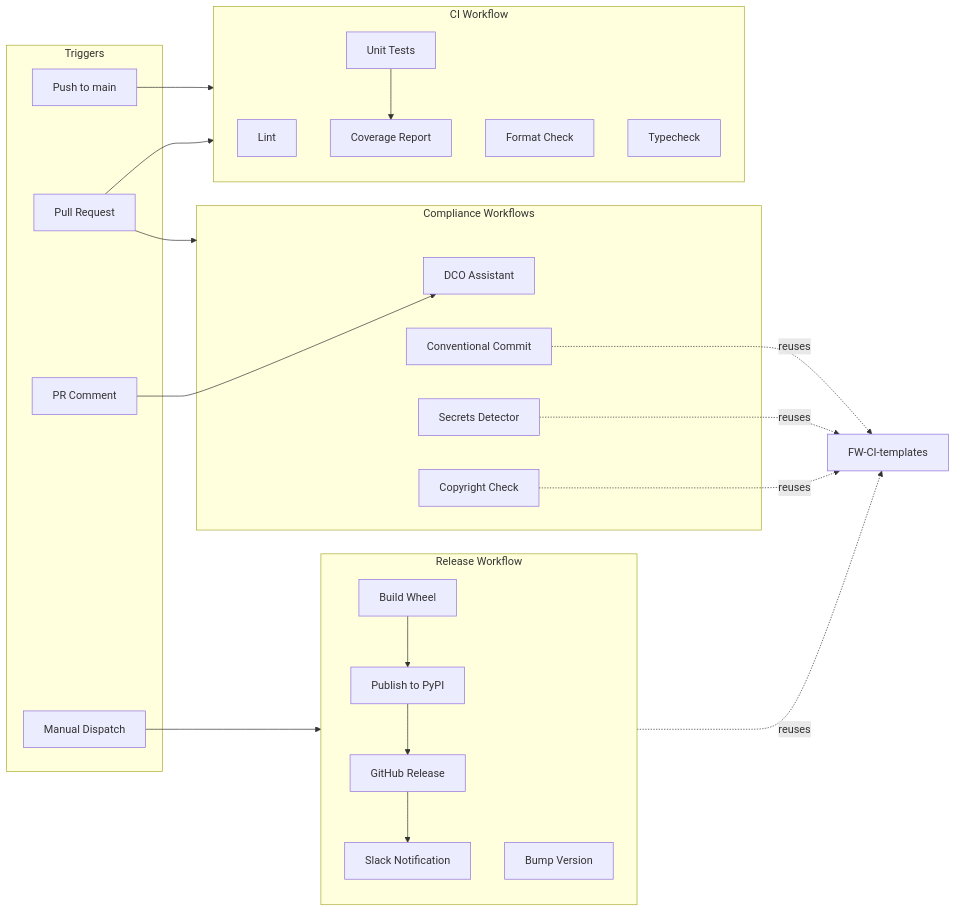
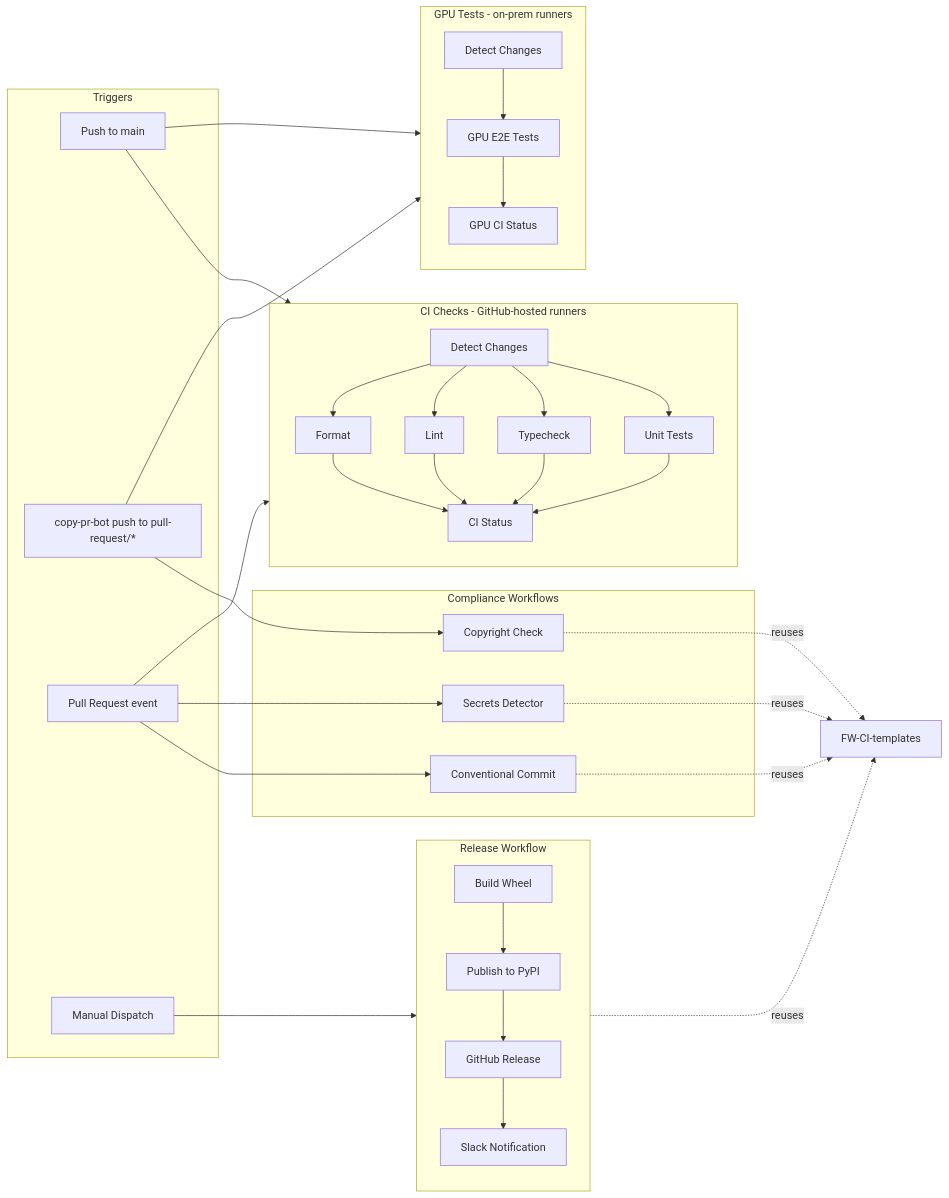
The diagram in .github/workflows/README.md (NVIDIA-NeMo/Safe-Synthesizer), drawn with Mermaid before and after one commit. The commit also changed other lines of this file and 4 other files, not shown here.

Commit message:
chore: add copy-pr-bot (#52)

````diff
--- a/.github/workflows/README.md
+++ b/.github/workflows/README.md
@@ -20,45 +34,52 @@
 ```mermaid
 flowchart LR
     subgraph triggers [Triggers]
         push[Push to main]
-        pr[Pull Request]
-        comment[PR Comment]
+        cpb[copy-pr-bot push to pull-request/*]
+        pr[Pull Request event]
         manual[Manual Dispatch]
     end
 
-    subgraph ci [CI Workflow]
+    subgraph ci [CI Checks - GitHub-hosted runners]
+        changes_ci[Detect Changes]
+        format[Format]
         lint[Lint]
-        format[Format Check]
         typecheck[Typecheck]
-        test[Unit Tests]
-        test --> coverage[Coverage Report]
+        unit[Unit Tests]
+        ci_status[CI Status]
+        changes_ci --> format & lint & typecheck & unit
+        format & lint & typecheck & unit --> ci_status
+    end
+
+    subgraph gpu [GPU Tests - on-prem runners]
+        changes_gpu[Detect Changes]
+        e2e[GPU E2E Tests]
+        gpu_status[GPU CI Status]
+        changes_gpu --> e2e --> gpu_status
     end
 
     subgraph compliance [Compliance Workflows]
-        dco[DCO Assistant]
         conventional[Conventional Commit]
         secrets[Secrets Detector]
         copyright[Copyright Check]
     end
 
     subgraph release [Release Workflow]
         buildWheel[Build Wheel]
-        bumpVersion[Bump Version]
         publishPyPI[Publish to PyPI]
         ghRelease[GitHub Release]
         slackNotify[Slack Notification]
     end
 
-    push --> ci
-    pr --> ci
-    pr --> compliance
-    comment --> dco
+    push --> ci & gpu
+    cpb --> gpu & copyright
+    pr --> ci & conventional & secrets
     manual --> release
 
     buildWheel --> publishPyPI --> ghRelease --> slackNotify
 
     conventional -.->|reuses| FW-CI-templates
     secrets -.->|reuses| FW-CI-templates
     copyright -.->|reuses| FW-CI-templates
     release -.->|reuses| FW-CI-templates
 ```
````
